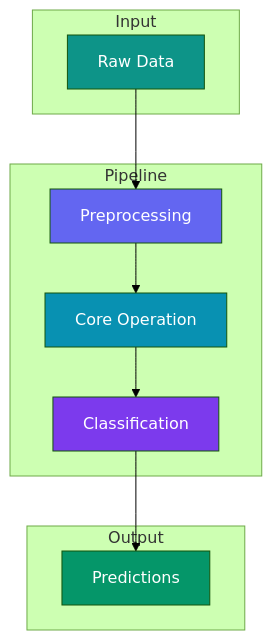
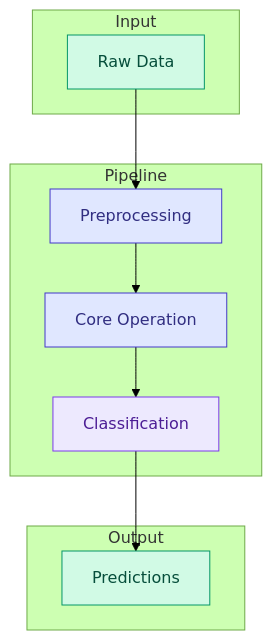
Before and after one commit to avitai/DiffBio: the diagram in docs/user-guide/pipelines/overview.md, drawn with Mermaid (forest theme). The commit also changed 124 other files, not shown here.

````diff
--- a/docs/user-guide/pipelines/overview.md
+++ b/docs/user-guide/pipelines/overview.md
@@ -21,26 +21,26 @@
 ```mermaid
 graph TB
     subgraph Input
         A[Raw Data]
     end
 
     subgraph Pipeline
         B[Preprocessing]
         C[Core Operation]
         D[Classification]
         B --> C --> D
     end
 
     subgraph Output
         E[Predictions]
     end
 
     A --> B
     D --> E
 
-    style A fill:#0d9488,color:#fff
-    style B fill:#6366f1,color:#fff
-    style C fill:#0891b2,color:#fff
-    style D fill:#7c3aed,color:#fff
-    style E fill:#059669,color:#fff
+    style A fill:#d1fae5,stroke:#059669,color:#064e3b
+    style B fill:#e0e7ff,stroke:#4338ca,color:#312e81
+    style C fill:#e0e7ff,stroke:#4338ca,color:#312e81
+    style D fill:#ede9fe,stroke:#7c3aed,color:#4c1d95
+    style E fill:#d1fae5,stroke:#059669,color:#064e3b
 ```
````
